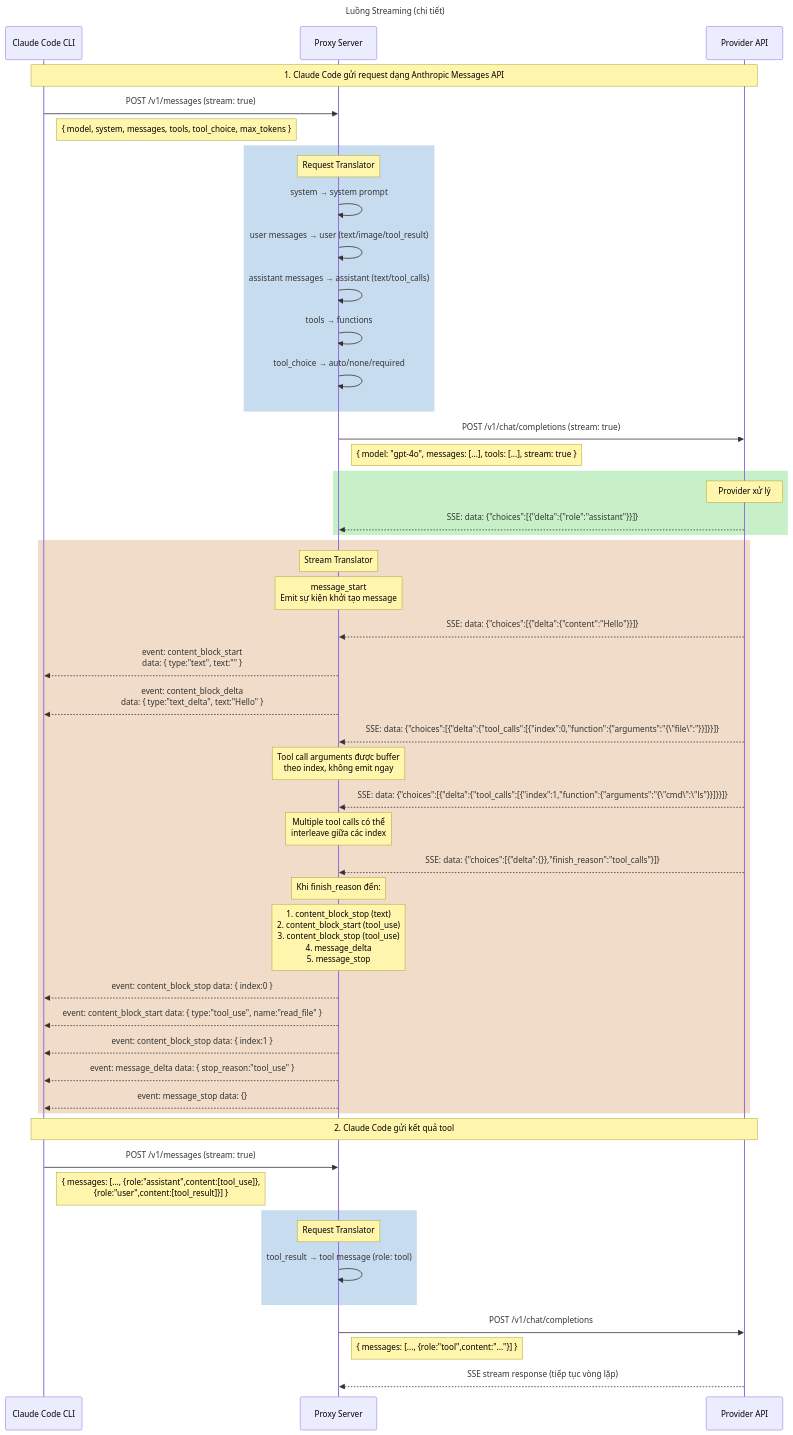
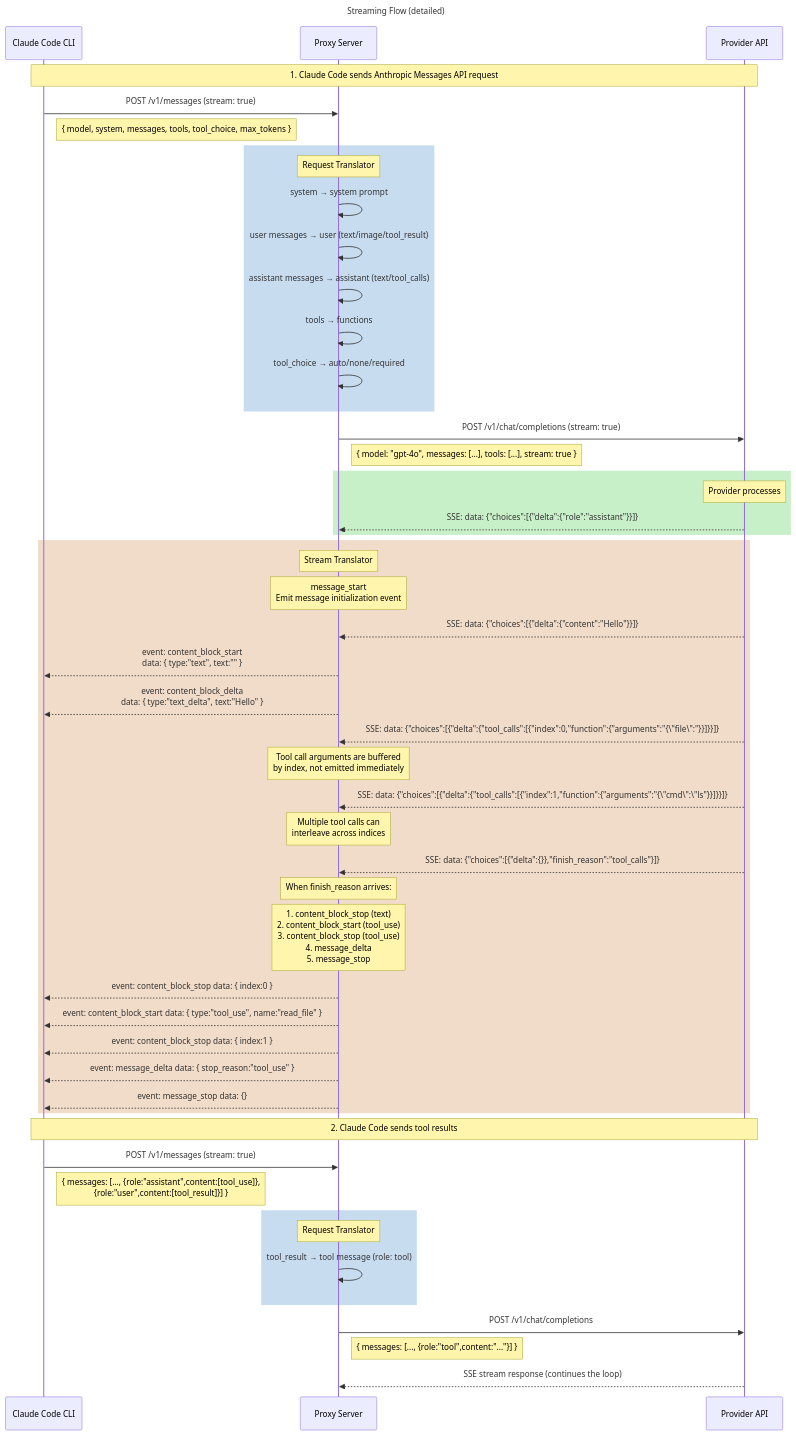
The second of 3 diagrams in README.md (nbhson/claude-code-free), drawn with Mermaid before and after one commit. The commit also changed other lines of this file, not shown here.

````diff
--- a/README.md
+++ b/README.md
@@ -43,70 +43,70 @@
 ```mermaid
 ---
-title: Luồng Streaming (chi tiết)
+title: Streaming Flow (detailed)
 ---
 sequenceDiagram
     participant CLI as Claude Code CLI
     participant Proxy as Proxy Server
     participant Provider as Provider API
 
-    Note over CLI,Provider: 1. Claude Code gửi request dạng Anthropic Messages API
+    Note over CLI,Provider: 1. Claude Code sends Anthropic Messages API request
 
     CLI->>Proxy: POST /v1/messages (stream: true)
     Note right of CLI: { model, system, messages, tools, tool_choice, max_tokens }
 
     rect rgb(200, 220, 240)
         Note over Proxy: Request Translator
         Proxy->>Proxy: system → system prompt
         Proxy->>Proxy: user messages → user (text/image/tool_result)
         Proxy->>Proxy: assistant messages → assistant (text/tool_calls)
         Proxy->>Proxy: tools → functions
         Proxy->>Proxy: tool_choice → auto/none/required
     end
 
     Proxy->>Provider: POST /v1/chat/completions (stream: true)
     Note right of Proxy: { model: "gpt-4o", messages: [...], tools: [...], stream: true }
 
     rect rgb(200, 240, 200)
-        Note over Provider: Provider xử lý
+        Note over Provider: Provider processes
         Provider-->>Proxy: SSE: data: {"choices":[{"delta":{"role":"assistant"}}]}
     end
 
     rect rgb(240, 220, 200)
         Note over Proxy: Stream Translator
-        Note over Proxy: message_start<br/>Emit sự kiện khởi tạo message
+        Note over Proxy: message_start<br/>Emit message initialization event
 
         Provider-->>Proxy: SSE: data: {"choices":[{"delta":{"content":"Hello"}}]}
         Proxy-->>CLI: event: content_block_start<br/>data: { type:"text", text:"" }
         Proxy-->>CLI: event: content_block_delta<br/>data: { type:"text_delta", text:"Hello" }
 
         Provider-->>Proxy: SSE: data: {"choices":[{"delta":{"tool_calls":[{"index":0,"function":{"arguments":"{\"file\":"}}]}}]}
-        Note over Proxy: Tool call arguments được buffer<br/>theo index, không emit ngay
+        Note over Proxy: Tool call arguments are buffered<br/>by index, not emitted immediately
 
         Provider-->>Proxy: SSE: data: {"choices":[{"delta":{"tool_calls":[{"index":1,"function":{"arguments":"{\"cmd\":\"ls"}}]}}]}
-        Note over Proxy: Multiple tool calls có thể<br/>interleave giữa các index
+        Note over Proxy: Multiple tool calls can<br/>interleave across indices
 
         Provider-->>Proxy: SSE: data: {"choices":[{"delta":{}},"finish_reason":"tool_calls"}]}
-        Note over Proxy: Khi finish_reason đến:
+        Note over Proxy: When finish_reason arrives:
         Note over Proxy: 1. content_block_stop (text)<br/>2. content_block_start (tool_use)<br/>3. content_block_stop (tool_use)<br/>4. message_delta<br/>5. message_stop
 
         Proxy-->>CLI: event: content_block_stop data: { index:0 }
         Proxy-->>CLI: event: content_block_start data: { type:"tool_use", name:"read_file" }
         Proxy-->>CLI: event: content_block_stop data: { index:1 }
         Proxy-->>CLI: event: message_delta data: { stop_reason:"tool_use" }
         Proxy-->>CLI: event: message_stop data: {}
     end
 
-    Note over CLI,Provider: 2. Claude Code gửi kết quả tool
+    Note over CLI,Provider: 2. Claude Code sends tool results
 
     CLI->>Proxy: POST /v1/messages (stream: true)
     Note right of CLI: { messages: [..., {role:"assistant",content:[tool_use]},<br/>{role:"user",content:[tool_result]}] }
 
     rect rgb(200, 220, 240)
         Note over Proxy: Request Translator
         Proxy->>Proxy: tool_result → tool message (role: tool)
     end
 
     Proxy->>Provider: POST /v1/chat/completions
     Note right of Proxy: { messages: [..., {role:"tool",content:"..."}] }
-    Provider-->>Proxy: SSE stream response (tiếp tục vòng lặp)
+    Provider-->>Proxy: SSE stream response (continues the loop)
 ```
````
